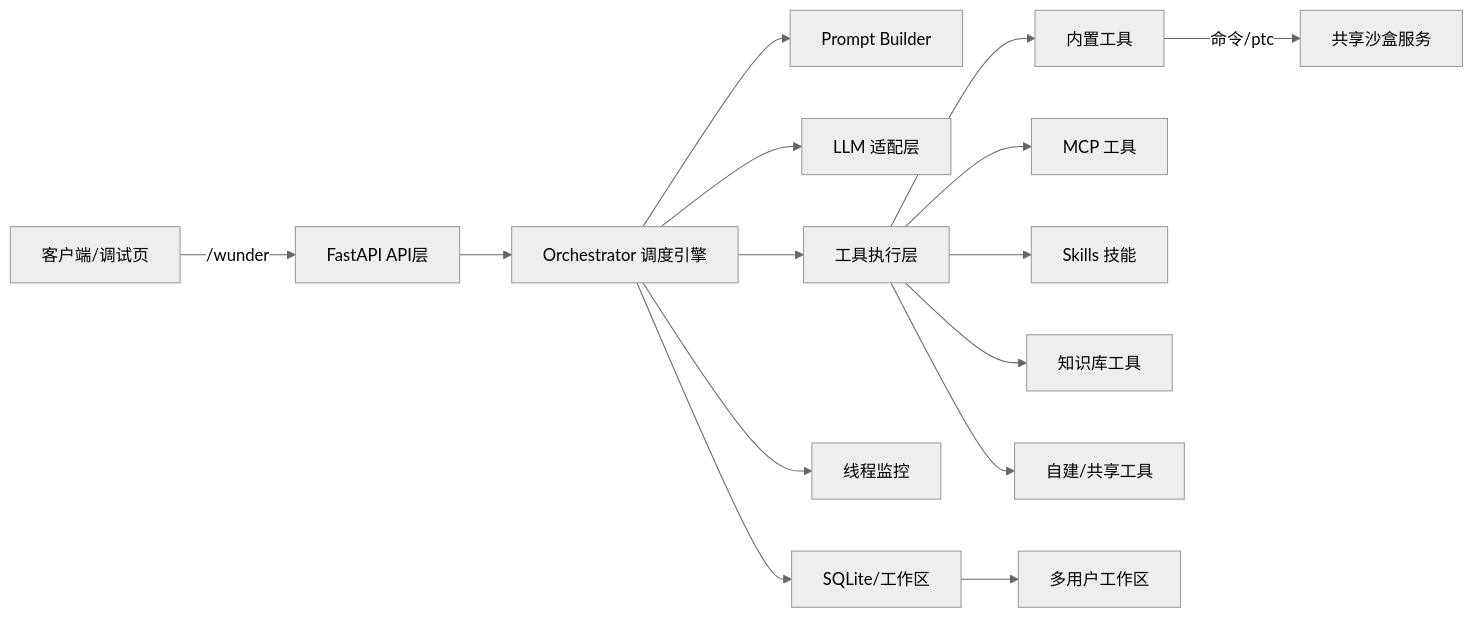
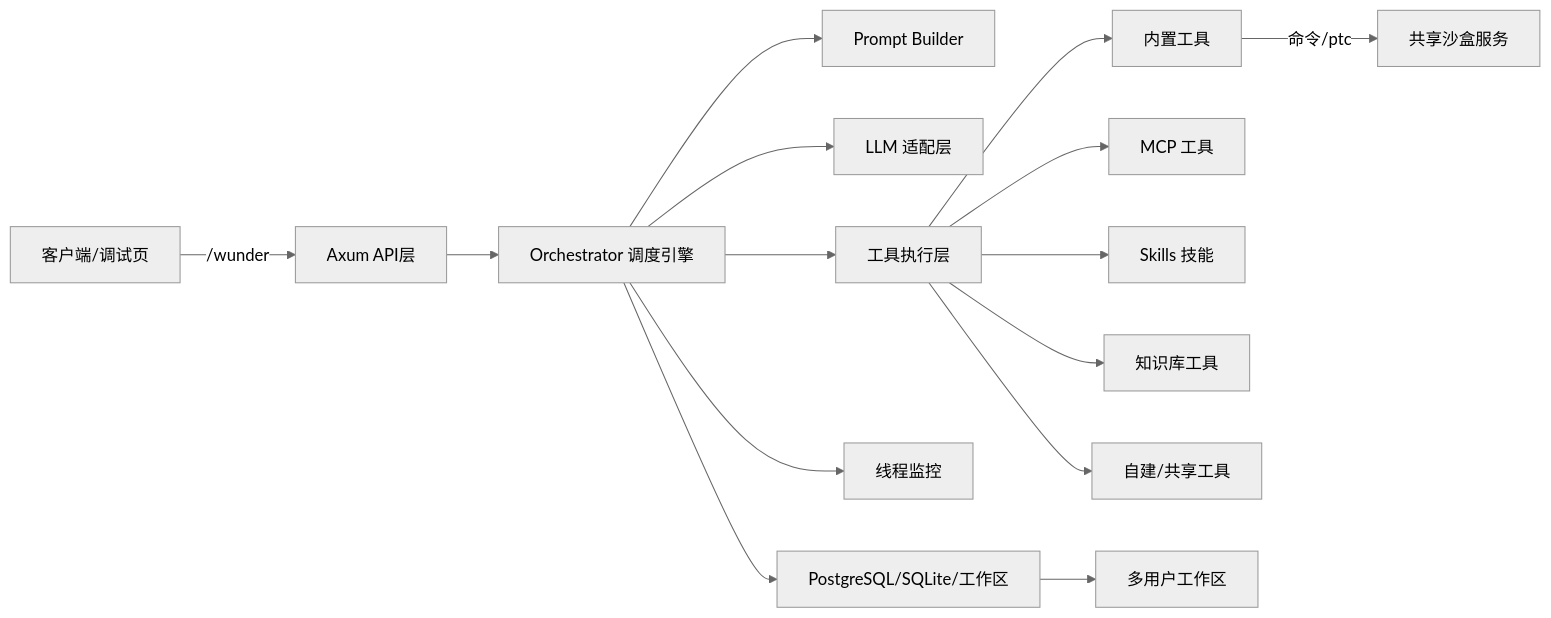
Before and after one commit to ylsdamxssjxxdd/wunder: the diagram in docs/diagrams/system-intro/01-system-components.mmd, drawn with Mermaid (neutral theme). The commit also changed 68 other files, not shown here.

```diff
--- a/docs/diagrams/system-intro/01-system-components.mmd
+++ b/docs/diagrams/system-intro/01-system-components.mmd
@@ -1,15 +1,15 @@
 flowchart LR
-  Client[客户端/调试页] -->|/wunder| API[FastAPI API层]
+  Client[客户端/调试页] -->|/wunder| API[Axum API层]
   API --> Orchestrator[Orchestrator 调度引擎]
   Orchestrator --> Prompt[Prompt Builder]
   Orchestrator --> LLM[LLM 适配层]
   Orchestrator --> Tools[工具执行层]
   Tools --> Builtin[内置工具]
   Tools --> MCP[MCP 工具]
   Tools --> Skills[Skills 技能]
   Tools --> KB[知识库工具]
   Tools --> UserTools[自建/共享工具]
   Builtin -->|命令/ptc| Sandbox[共享沙盒服务]
   Orchestrator --> Monitor[线程监控]
-  Orchestrator --> Storage[SQLite/工作区]
+  Orchestrator --> Storage[PostgreSQL/SQLite/工作区]
   Storage --> Workspaces[多用户工作区]
```
